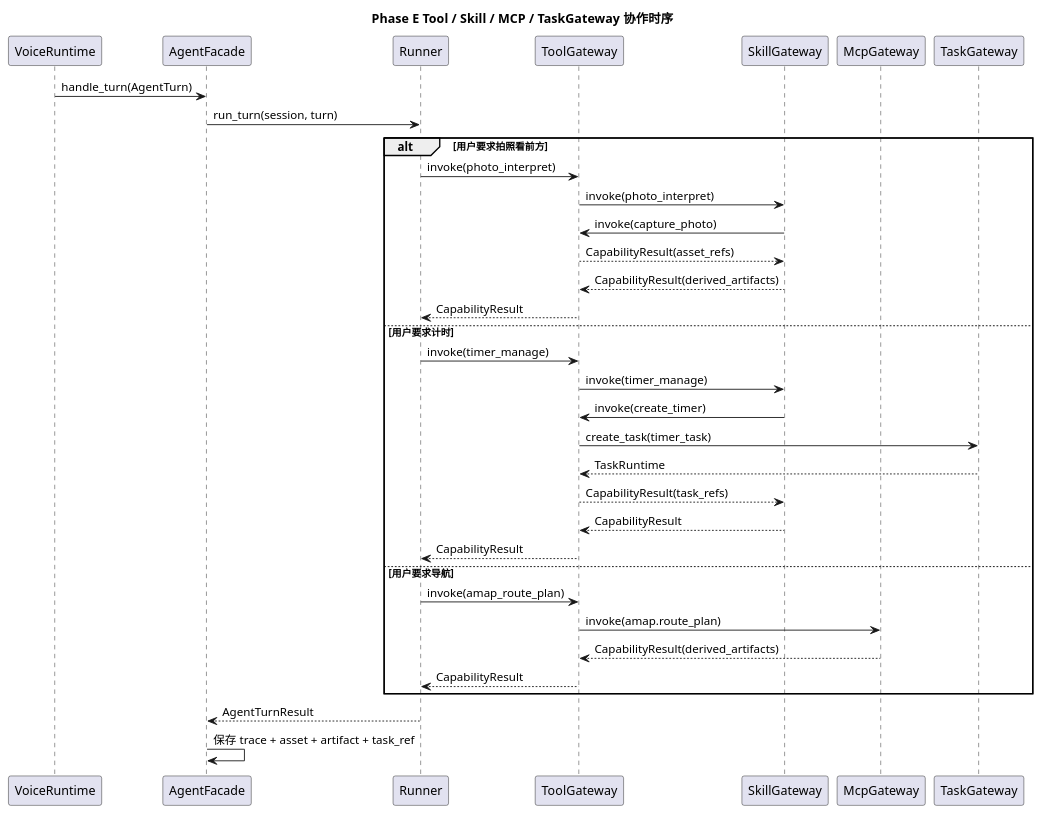
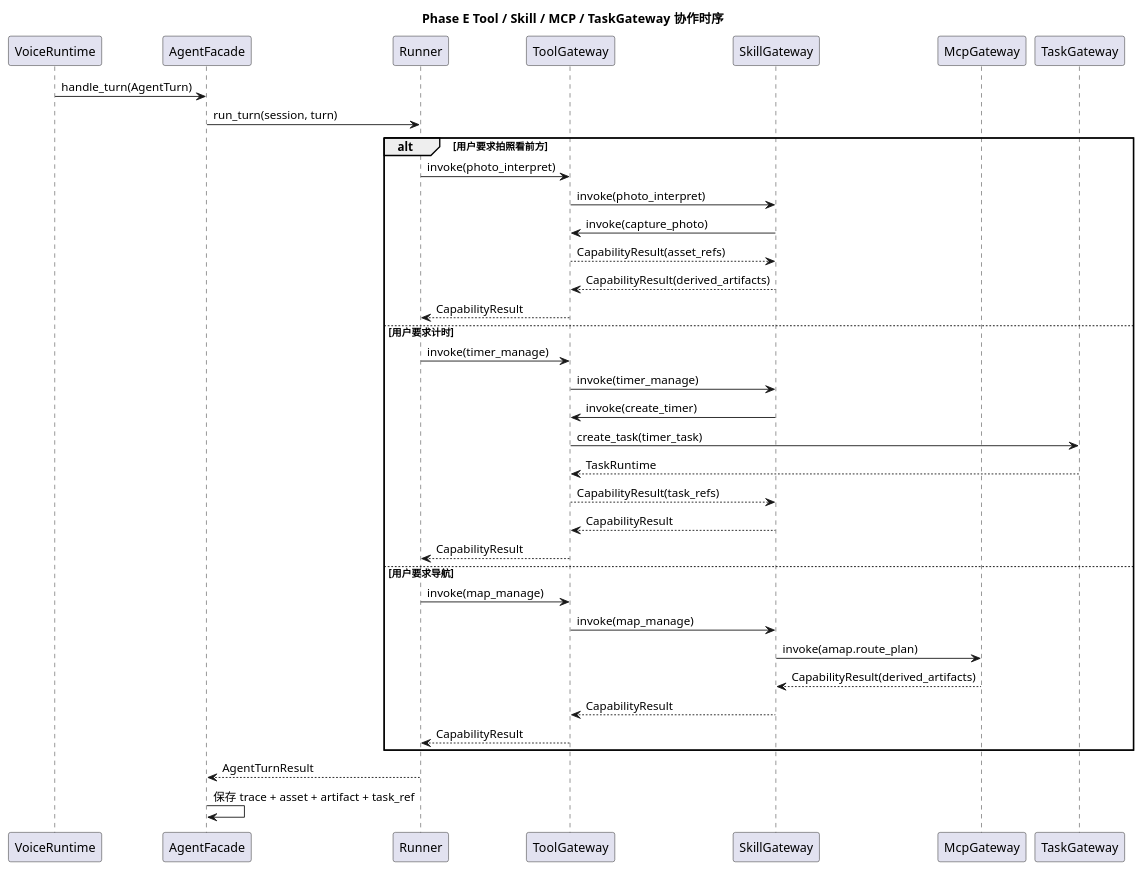
One commit to HengeLiu/RealtimeAgent changed the second of 2 diagrams in doc/plan/PhaseE-能力层骨架实施文档.md. Above: the diagram before and after it, drawn with PlantUML. The commit also changed other lines of this file and 51 other files, not shown here.

````diff
--- a/doc/plan/PhaseE-能力层骨架实施文档.md
+++ b/doc/plan/PhaseE-能力层骨架实施文档.md
@@ -211,42 +206,44 @@
 ```plantuml
 @startuml
 title Phase E Tool / Skill / MCP / TaskGateway 协作时序
 
 participant "VoiceRuntime" as V
 participant "AgentFacade" as A
 participant "Runner" as R
 participant "ToolGateway" as T
 participant "SkillGateway" as S
 participant "McpGateway" as M
 participant "TaskGateway" as G
 
 V -> A : handle_turn(AgentTurn)
 A -> R : run_turn(session, turn)
 
 alt 用户要求拍照看前方
   R -> T : invoke(photo_interpret)
   T -> S : invoke(photo_interpret)
   S -> T : invoke(capture_photo)
   T --> S : CapabilityResult(asset_refs)
   S --> T : CapabilityResult(derived_artifacts)
   T --> R : CapabilityResult
 else 用户要求计时
   R -> T : invoke(timer_manage)
   T -> S : invoke(timer_manage)
   S -> T : invoke(create_timer)
   T -> G : create_task(timer_task)
   G --> T : TaskRuntime
   T --> S : CapabilityResult(task_refs)
   S --> T : CapabilityResult
   T --> R : CapabilityResult
 else 用户要求导航
-  R -> T : invoke(amap_route_plan)
-  T -> M : invoke(amap.route_plan)
-  M --> T : CapabilityResult(derived_artifacts)
+  R -> T : invoke(map_manage)
+  T -> S : invoke(map_manage)
+  S -> M : invoke(amap.route_plan)
+  M --> S : CapabilityResult(derived_artifacts)
+  S --> T : CapabilityResult
   T --> R : CapabilityResult
 end
 
 R --> A : AgentTurnResult
 A -> A : 保存 trace + asset + artifact + task_ref
 @enduml
 ```
````
